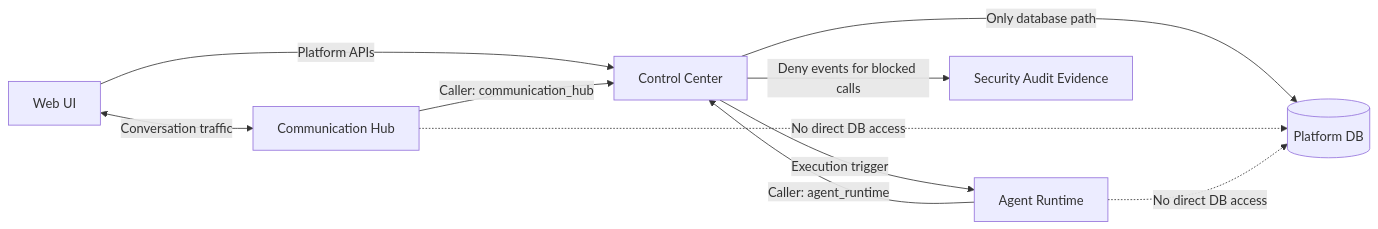
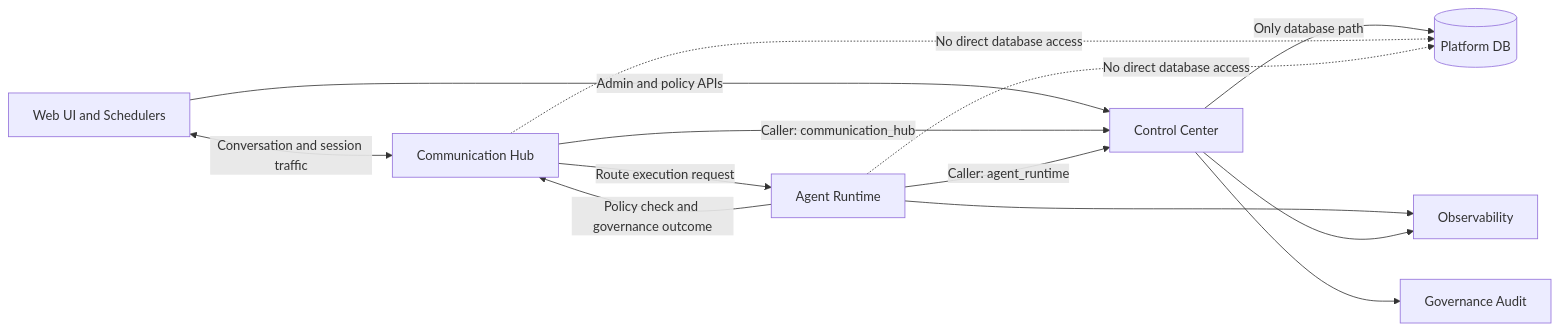
One commit to hurungang/parthenon changed the first of 2 diagrams in docs/master/architecture/system-overview.md. Above: the diagram before and after it, drawn with Mermaid. The commit also changed other lines of this file and 139 other files, not shown here.

````diff
--- a/docs/master/architecture/system-overview.md
+++ b/docs/master/architecture/system-overview.md
@@ -3,19 +3,23 @@
 ```mermaid
 flowchart LR
-    UI[Web UI]
+    UI[Web UI and Schedulers]
     CH[Communication Hub]
     AR[Agent Runtime]
     CC[Control Center]
     DB[(Platform DB)]
-    AUD[Security Audit Evidence]
+    OBS[Observability]
+    AUD[Governance Audit]
 
-    UI -->|Platform APIs| CC
-    UI <-->|Conversation traffic| CH
-    CC -->|Execution trigger| AR
+    UI <-->|Conversation and session traffic| CH
+    CH -->|Route execution request| AR
+    UI -->|Admin and policy APIs| CC
+    AR -->|Policy check and governance outcome| CH
     CH -->|Caller: communication_hub| CC
     AR -->|Caller: agent_runtime| CC
     CC -->|Only database path| DB
-    CH -.->|No direct DB access| DB
-    AR -.->|No direct DB access| DB
-    CC -->|Deny events for blocked calls| AUD
+    CH -.->|No direct database access| DB
+    AR -.->|No direct database access| DB
+    AR --> OBS
+    CC --> OBS
+    CC --> AUD
 ```
````
